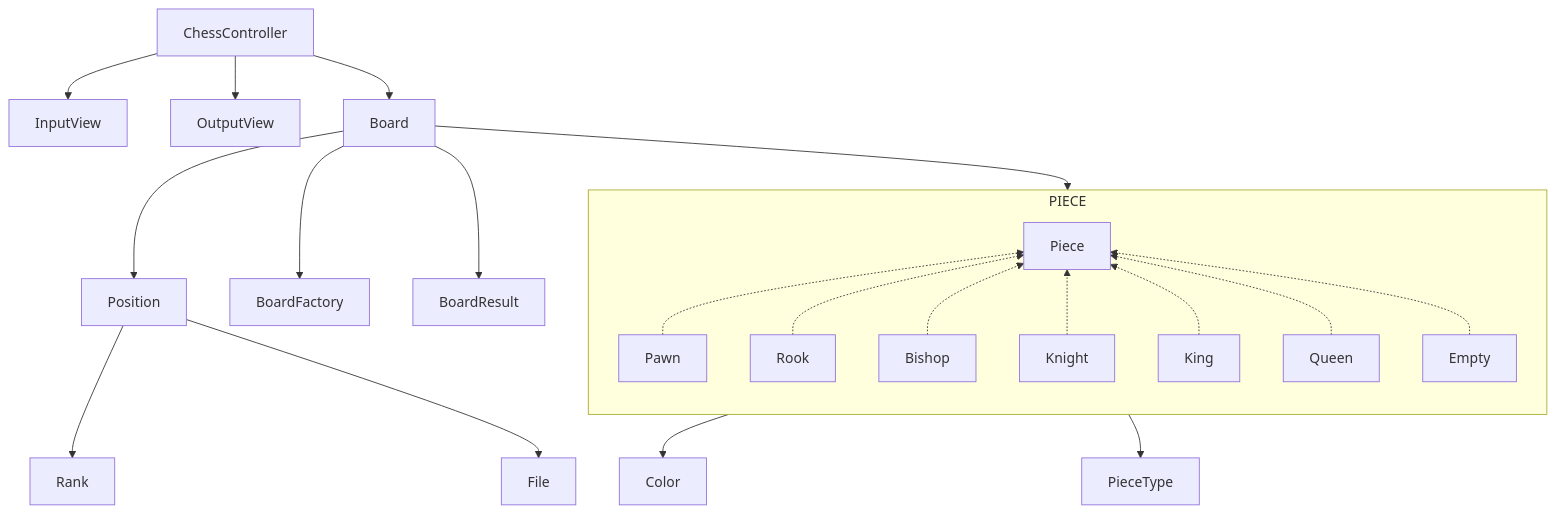
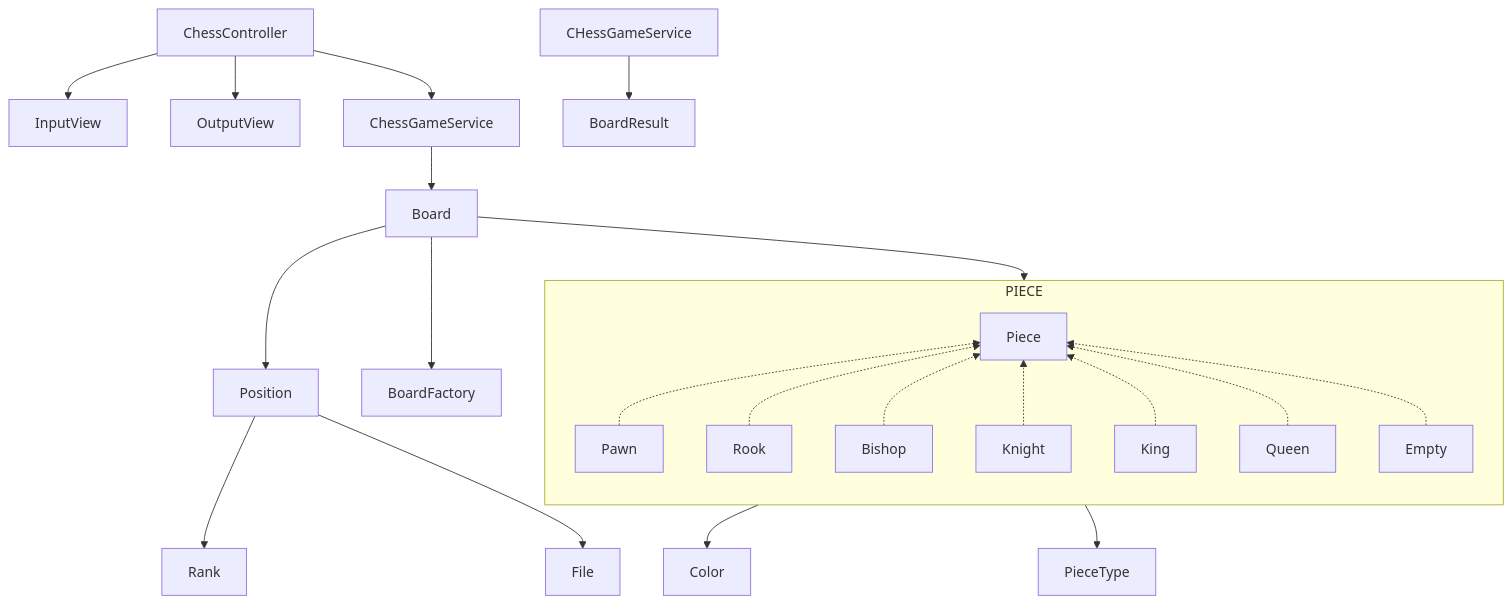
One commit to woowacourse/java-chess changed the diagram in README.md. Above: the diagram before and after it, drawn with Mermaid. The commit also changed other lines of this file and 6 other files, not shown here.

````diff
--- a/README.md
+++ b/README.md
@@ -57,29 +57,31 @@
 ```mermaid
 graph TD
     ChessController --> InputView
     ChessController --> OutputView
 
-    ChessController --> Board
+    ChessController --> ChessGameService
+    
+    ChessGameService --> Board
+    CHessGameService --> BoardResult
     
     Board --> BoardFactory
-    Board --> BoardResult
 
     Position --> Rank
     Position --> File
 
     Board --> Position
     Board --> PIECE
     PIECE --> Color
     PIECE --> PieceType
 
     subgraph PIECE
         direction BT
         Pawn -.-> Piece
         Rook -.-> Piece
         Bishop -.-> Piece
         Knight -.-> Piece
         King -.-> Piece
         Queen -.-> Piece
         Empty -.-> Piece
     end
 ```
````
